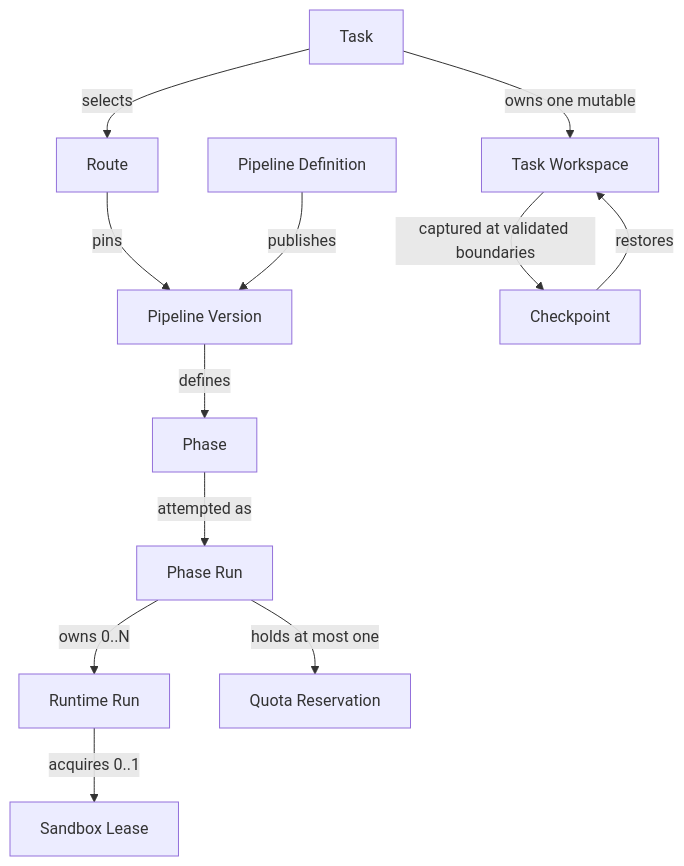
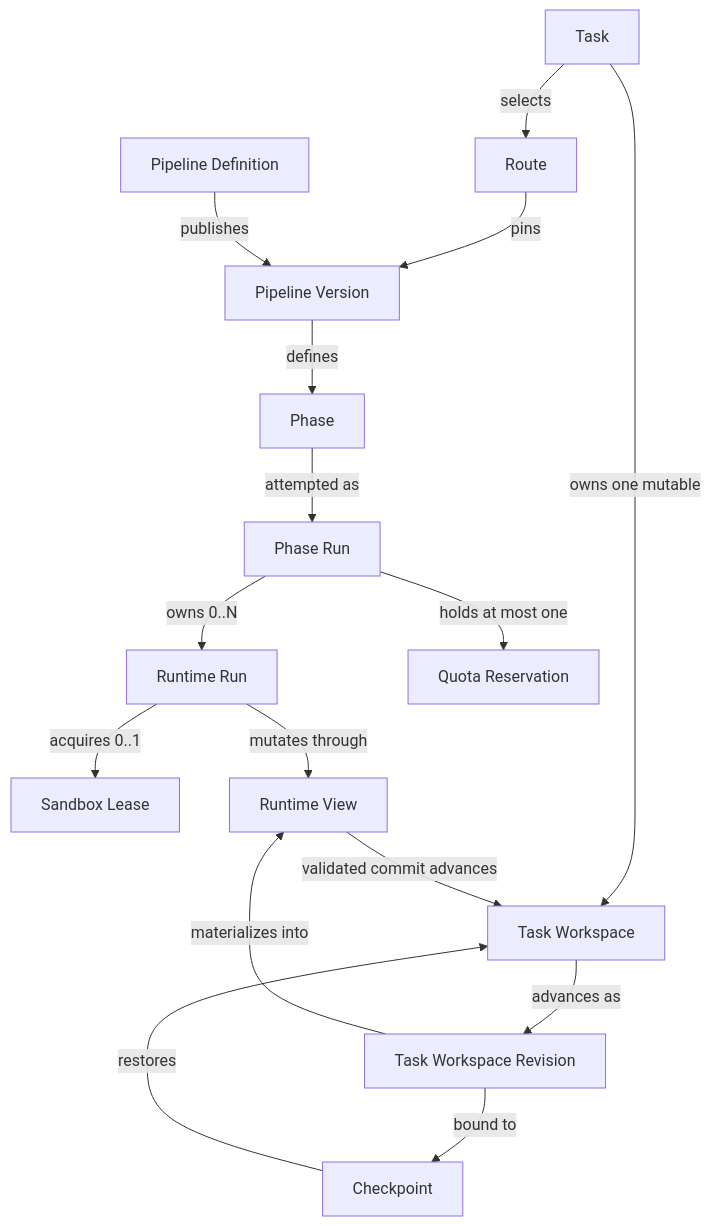
One commit to Vt00ls/SlideSmith changed the second of 4 diagrams in docs/architecture/enterprise-domain-model.md. Above: the diagram before and after it, drawn with Mermaid. The commit also changed other lines of this file and 5 other files, not shown here.

Commit message:
docs: record task workspace lifecycle decisions

````diff
--- a/docs/architecture/enterprise-domain-model.md
+++ b/docs/architecture/enterprise-domain-model.md
@@ -26,14 +26,18 @@
 ```mermaid
 flowchart TD
     Task -->|selects| Route
     Route -->|pins| PipelineVersion[Pipeline Version]
     PipelineDefinition[Pipeline Definition] -->|publishes| PipelineVersion
     PipelineVersion -->|defines| Phase
     Phase -->|attempted as| PhaseRun[Phase Run]
     PhaseRun -->|owns 0..N| RuntimeRun[Runtime Run]
     PhaseRun -->|holds at most one| QuotaReservation[Quota Reservation]
     RuntimeRun -->|acquires 0..1| SandboxLease[Sandbox Lease]
+    RuntimeRun -->|mutates through| RuntimeView[Runtime View]
     Task -->|owns one mutable| TaskWorkspace[Task Workspace]
-    TaskWorkspace -->|captured at validated boundaries| Checkpoint
+    TaskWorkspace -->|advances as| WorkspaceRevision[Task Workspace Revision]
+    WorkspaceRevision -->|materializes into| RuntimeView
+    RuntimeView -->|validated commit advances| TaskWorkspace
+    WorkspaceRevision -->|bound to| Checkpoint
     Checkpoint -->|restores| TaskWorkspace
 ```
````
